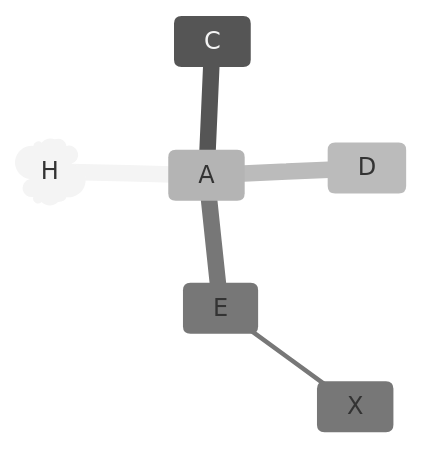
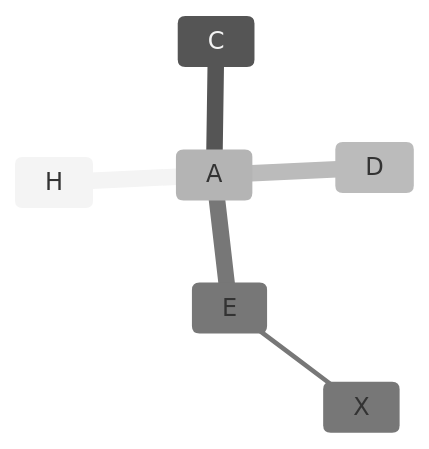
One commit to singhanmolpreet/mermaid changed the fourth of 5 diagrams in README.md. Above: the diagram before and after it, drawn with Mermaid (neutral theme).

````diff
--- a/README.md
+++ b/README.md
@@ -34,10 +34,10 @@
 ``` mermaid
 mindmap
         A
-            id)H(
+            H
             ::icon(fa fa-book)
             C
             D
             E
                 X
 ```
````
